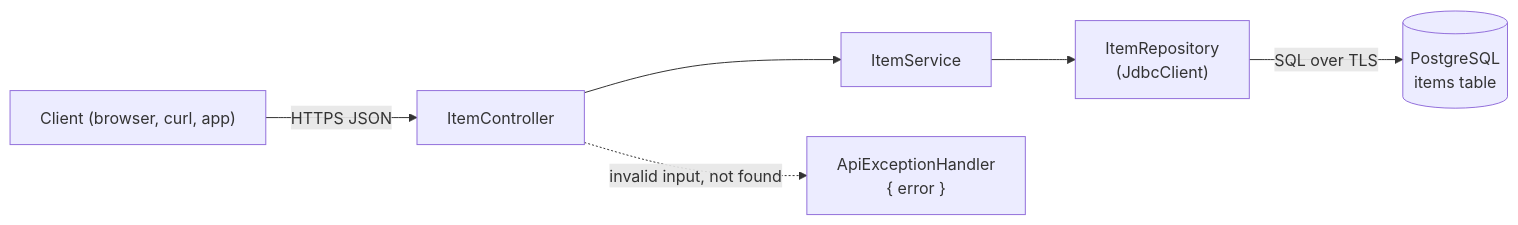
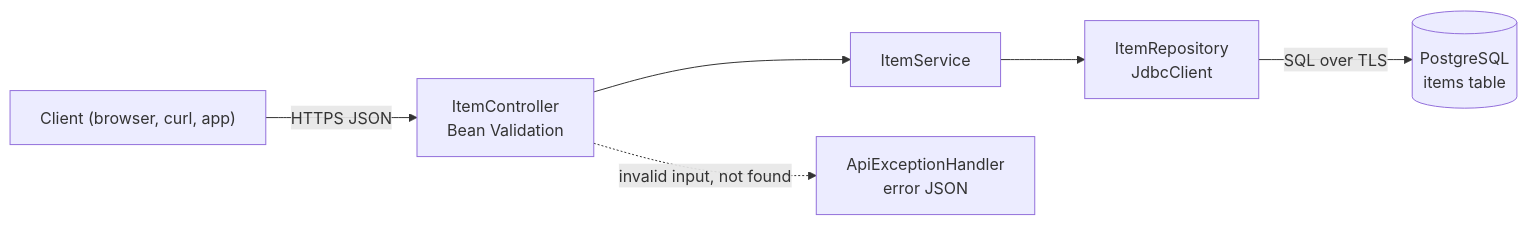
One commit to light-cloud-com/templates changed the diagram in starters/crud-api-spring-boot/README.md. Above: the diagram before and after it, drawn with Mermaid. The commit also changed other lines of this file and 2 other files, not shown here.

First line of the commit message:
README: Spring Boot PostgreSQL CRUD API starter landing page

````diff
--- a/starters/crud-api-spring-boot/README.md
+++ b/starters/crud-api-spring-boot/README.md
@@ -9,8 +126,8 @@
 ```mermaid
 flowchart LR
-    client["Client (browser, curl, app)"] -->|HTTPS JSON| controller["ItemController"]
+    client["Client (browser, curl, app)"] -->|HTTPS JSON| controller["ItemController<br/>Bean Validation"]
     controller --> service["ItemService"]
-    service --> repo["ItemRepository<br/>(JdbcClient)"]
+    service --> repo["ItemRepository<br/>JdbcClient"]
     repo -->|SQL over TLS| db[("PostgreSQL<br/>items table")]
-    controller -. "invalid input, not found" .-> errors["ApiExceptionHandler<br/>{ error }"]
+    controller -.->|"invalid input, not found"| errors["ApiExceptionHandler<br/>error JSON"]
 ```
````
